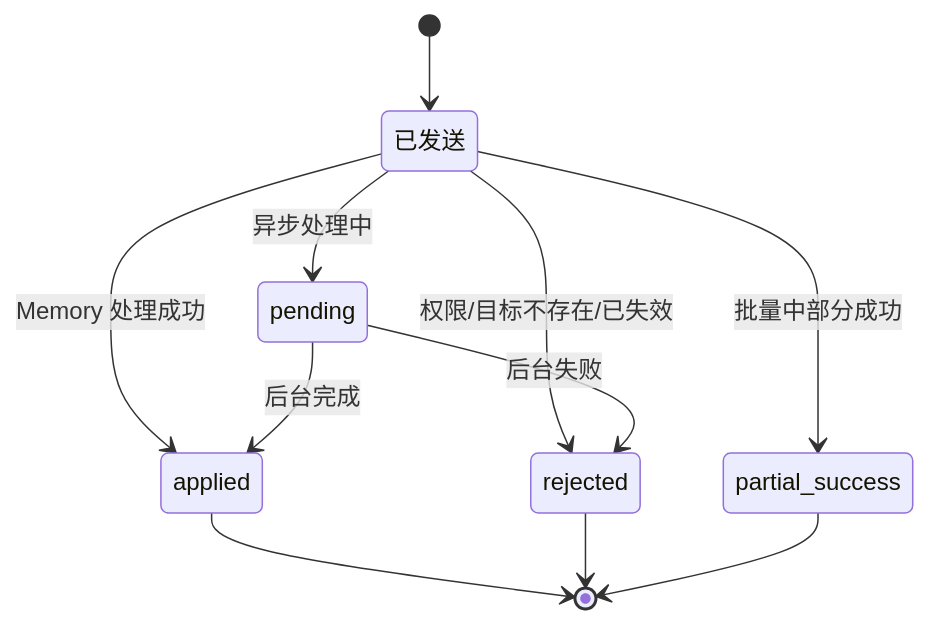
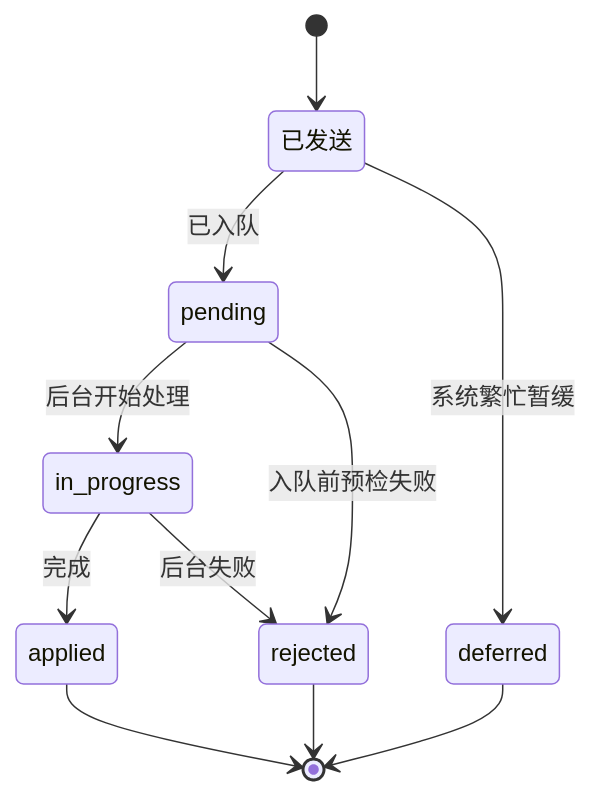
Before and after one commit to uu-yaya/ai-product-builder: the sixth of 17 diagrams in projects/desktop-pet/01-pm/branches/memory-dataset/DATA_FLOW_REQUIREMENT_SPECIFICATION.md, drawn with Mermaid. The commit also changed other lines of this file and 1 other file, not shown here.

Commit message:
edit projects/desktop-pet/01-pm/branches/memory-dataset/DATA_FLOW_REQUIREMENT_SPECIFICATION.md via md-canvas

````diff
--- a/projects/desktop-pet/01-pm/branches/memory-dataset/DATA_FLOW_REQUIREMENT_SPECIFICATION.md
+++ b/projects/desktop-pet/01-pm/branches/memory-dataset/DATA_FLOW_REQUIREMENT_SPECIFICATION.md
@@ -756,13 +1258,13 @@
 ```mermaid
 stateDiagram-v2
     [*] --> 已发送
-    已发送 --> applied: Memory 处理成功
-    已发送 --> rejected: 权限/目标不存在/已失效
-    已发送 --> pending: 异步处理中
-    pending --> applied: 后台完成
-    pending --> rejected: 后台失败
-    已发送 --> partial_success: 批量中部分成功
+    已发送 --> pending: 已入队
+    pending --> in_progress: 后台开始处理
+    in_progress --> applied: 完成
+    in_progress --> rejected: 后台失败
+    pending --> rejected: 入队前预检失败
+    已发送 --> deferred: 系统繁忙暂缓
     applied --> [*]
     rejected --> [*]
-    partial_success --> [*]
+    deferred --> [*]
 ```
````
